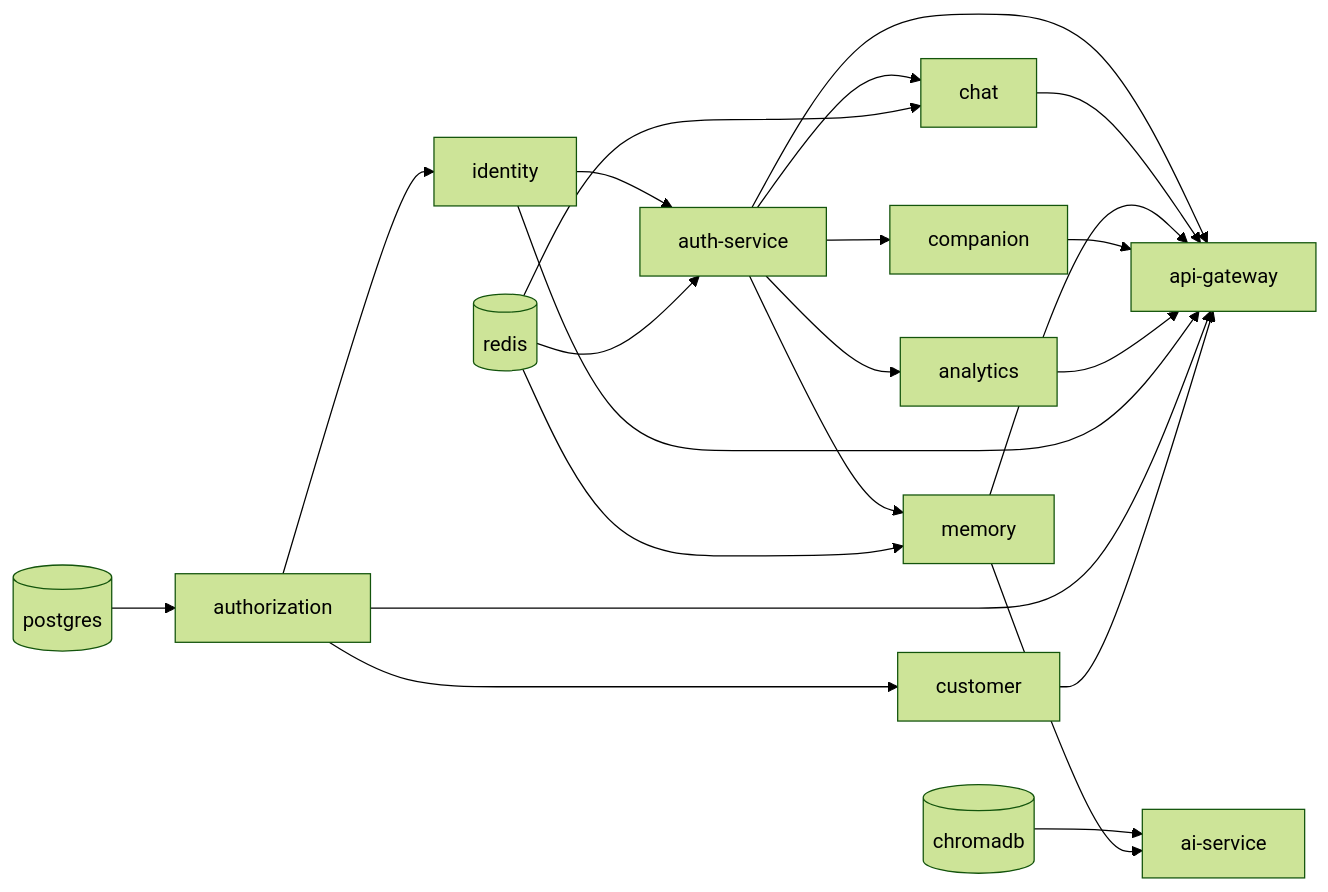
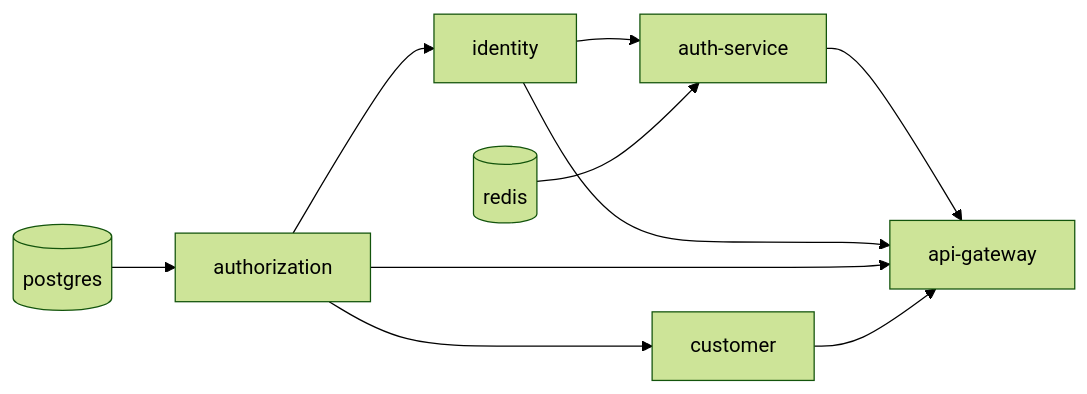
One commit to master-node1/the-aura-lab changed the fourth of 4 diagrams in services/README.md. Above: the diagram before and after it, drawn with Mermaid (forest theme). The commit also changed other lines of this file and 118 other files, not shown here.

````diff
--- a/services/README.md
+++ b/services/README.md
@@ -243,12 +158,8 @@
 ```mermaid
 flowchart LR
     PG[(postgres)] --> AZ[authorization]
     AZ --> ID[identity] & CUST[customer]
     ID --> AUTH[auth-service]
     RD[(redis)] --> AUTH
-    AUTH --> CHAT[chat] & MEM[memory] & COMP[companion] & AN[analytics]
-    RD --> CHAT & MEM
-    CH[(chromadb)] --> AI[ai-service]
-    MEM --> AI
-    AUTH & CHAT & MEM & COMP & AN & ID & AZ & CUST --> GW[api-gateway]
+    AUTH & ID & AZ & CUST --> GW[api-gateway]
 ```
````
